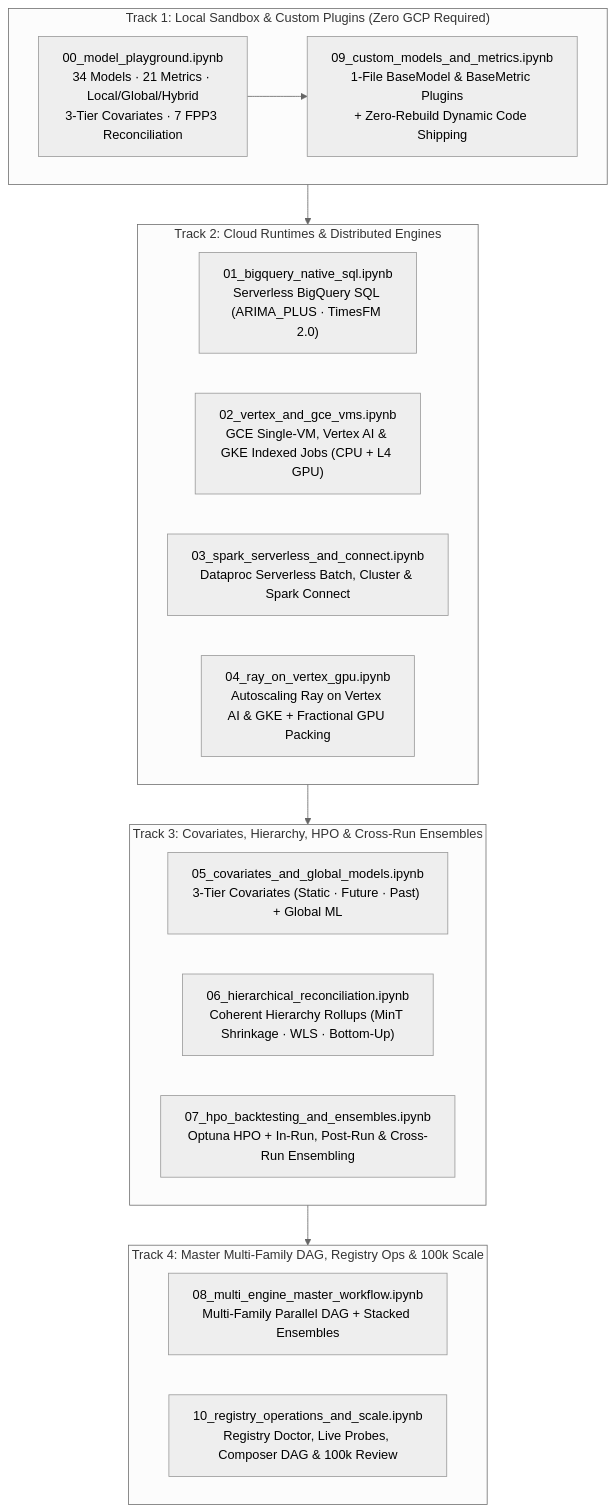
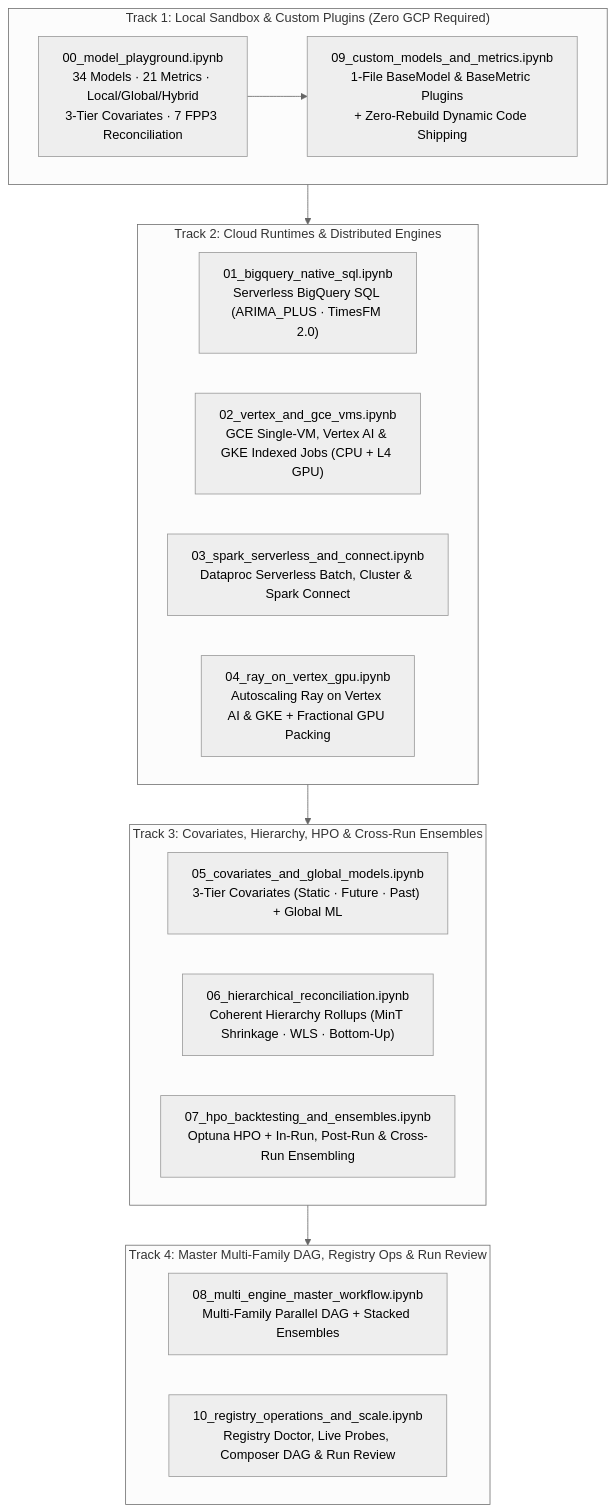
The diagram in notebooks/README.md (statmike/scale-forecasting), drawn with Mermaid (neutral theme) before and after one commit. The commit also changed other lines of this file and 20 other files, not shown here.

````diff
--- a/notebooks/README.md
+++ b/notebooks/README.md
@@ -8,28 +8,28 @@
 ```mermaid
 flowchart TD
     subgraph Track1["Track 1: Local Sandbox & Custom Plugins (Zero GCP Required)"]
         NB00["00_model_playground.ipynb<br/>34 Models · 21 Metrics · Local/Global/Hybrid<br/>3-Tier Covariates · 7 FPP3 Reconciliation"]
         NB09["09_custom_models_and_metrics.ipynb<br/>1-File BaseModel & BaseMetric Plugins<br/>+ Zero-Rebuild Dynamic Code Shipping"]
     end
 
     subgraph Track2["Track 2: Cloud Runtimes & Distributed Engines"]
         NB01["01_bigquery_native_sql.ipynb<br/>Serverless BigQuery SQL (ARIMA_PLUS · TimesFM 2.0)"]
         NB02["02_vertex_and_gce_vms.ipynb<br/>GCE Single-VM, Vertex AI & GKE Indexed Jobs (CPU + L4 GPU)"]
         NB03["03_spark_serverless_and_connect.ipynb<br/>Dataproc Serverless Batch, Cluster & Spark Connect"]
         NB04["04_ray_on_vertex_gpu.ipynb<br/>Autoscaling Ray on Vertex AI & GKE + Fractional GPU Packing"]
     end
 
     subgraph Track3["Track 3: Covariates, Hierarchy, HPO & Cross-Run Ensembles"]
         NB05["05_covariates_and_global_models.ipynb<br/>3-Tier Covariates (Static · Future · Past) + Global ML"]
         NB06["06_hierarchical_reconciliation.ipynb<br/>Coherent Hierarchy Rollups (MinT Shrinkage · WLS · Bottom-Up)"]
         NB07["07_hpo_backtesting_and_ensembles.ipynb<br/>Optuna HPO + In-Run, Post-Run & Cross-Run Ensembling"]
     end
 
-    subgraph Track4["Track 4: Master Multi-Family DAG, Registry Ops & 100k Scale"]
+    subgraph Track4["Track 4: Master Multi-Family DAG, Registry Ops & Run Review"]
         NB08["08_multi_engine_master_workflow.ipynb<br/>Multi-Family Parallel DAG + Stacked Ensembles"]
-        NB10["10_registry_operations_and_scale.ipynb<br/>Registry Doctor, Live Probes, Composer DAG & 100k Review"]
+        NB10["10_registry_operations_and_scale.ipynb<br/>Registry Doctor, Live Probes, Composer DAG & Run Review"]
     end
 
     NB00 --> NB09
     Track1 --> Track2 --> Track3 --> Track4
 ```
````
